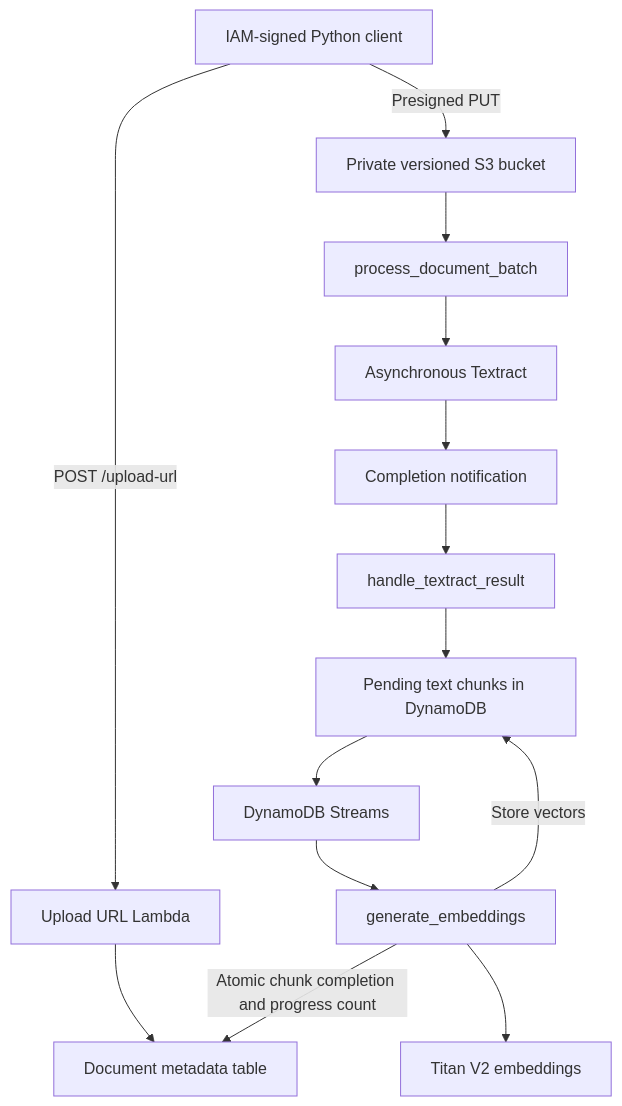
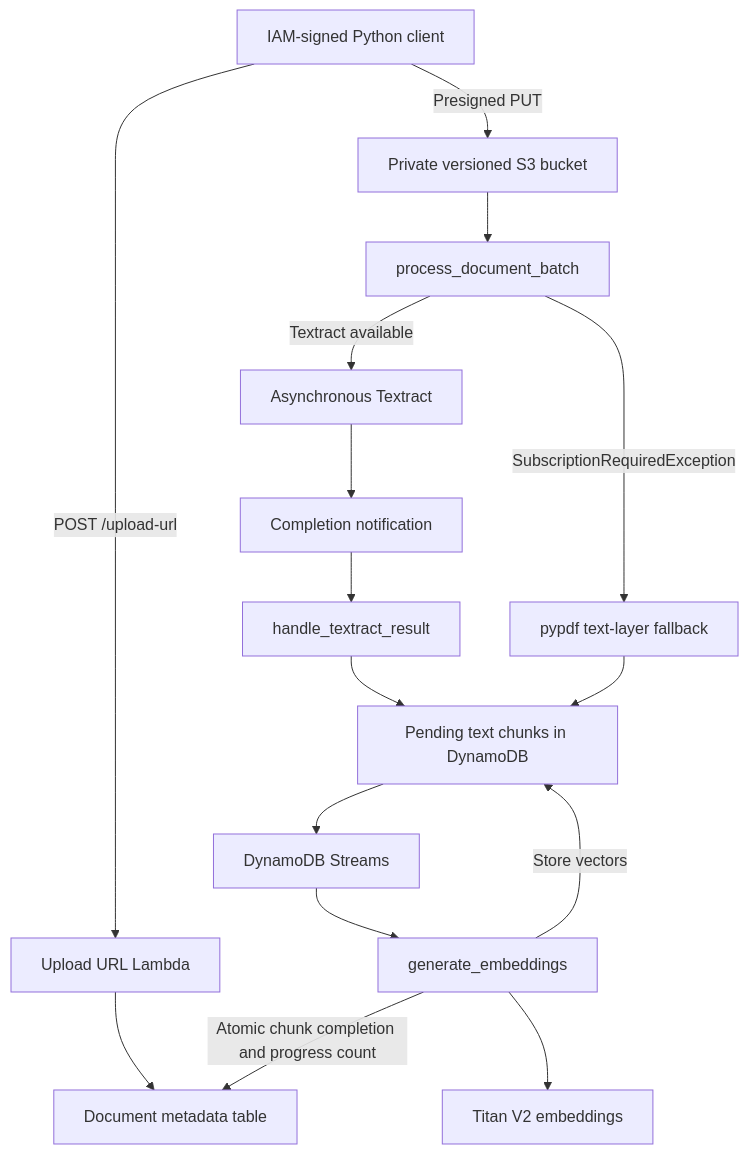
The first of 2 diagrams in ARCHITECTURE.md (aryanorastar/UCS531-Cloud-Computing-Project), drawn with Mermaid before and after one commit. The commit also changed other lines of this file and 29 other files, not shown here.

````diff
--- a/ARCHITECTURE.md
+++ b/ARCHITECTURE.md
@@ -15,16 +19,18 @@
 ```mermaid
 flowchart TD
     Client[IAM-signed Python client] -->|POST /upload-url| Register[Upload URL Lambda]
     Register --> Documents[Document metadata table]
     Client -->|Presigned PUT| S3[Private versioned S3 bucket]
     S3 --> Starter[process_document_batch]
-    Starter --> Textract[Asynchronous Textract]
+    Starter -->|Textract available| Textract[Asynchronous Textract]
     Textract --> SNS[Completion notification]
     SNS --> Handler[handle_textract_result]
+    Starter -->|SubscriptionRequiredException| Fallback[pypdf text-layer fallback]
     Handler --> Chunks[Pending text chunks in DynamoDB]
+    Fallback --> Chunks
     Chunks --> Stream[DynamoDB Streams]
     Stream --> Embed[generate_embeddings]
     Embed --> Titan[Titan V2 embeddings]
     Embed -->|Atomic chunk completion and progress count| Documents
     Embed -->|Store vectors| Chunks
 ```
````
